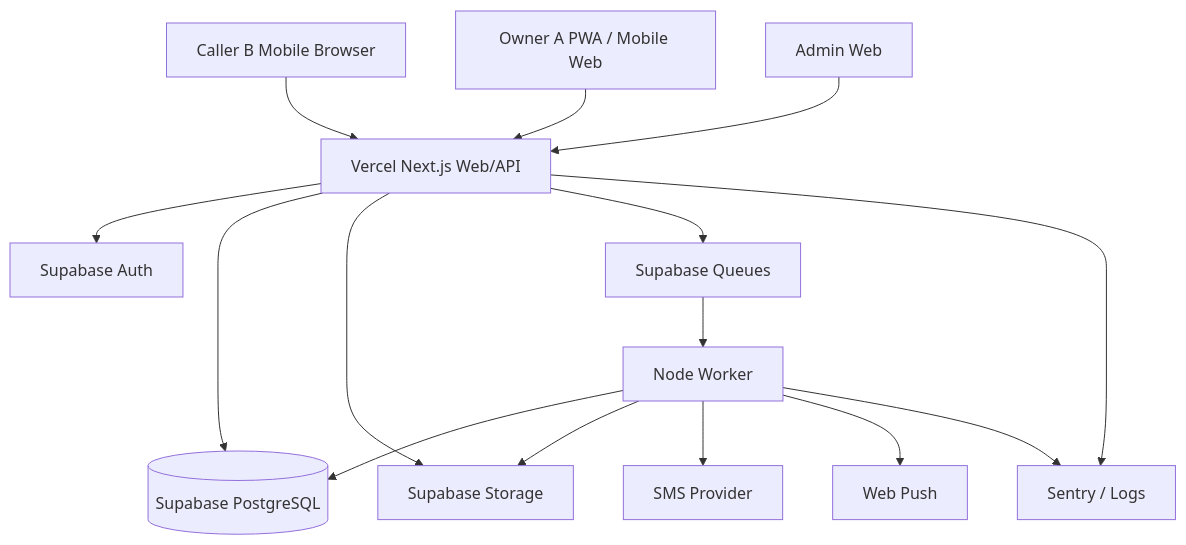
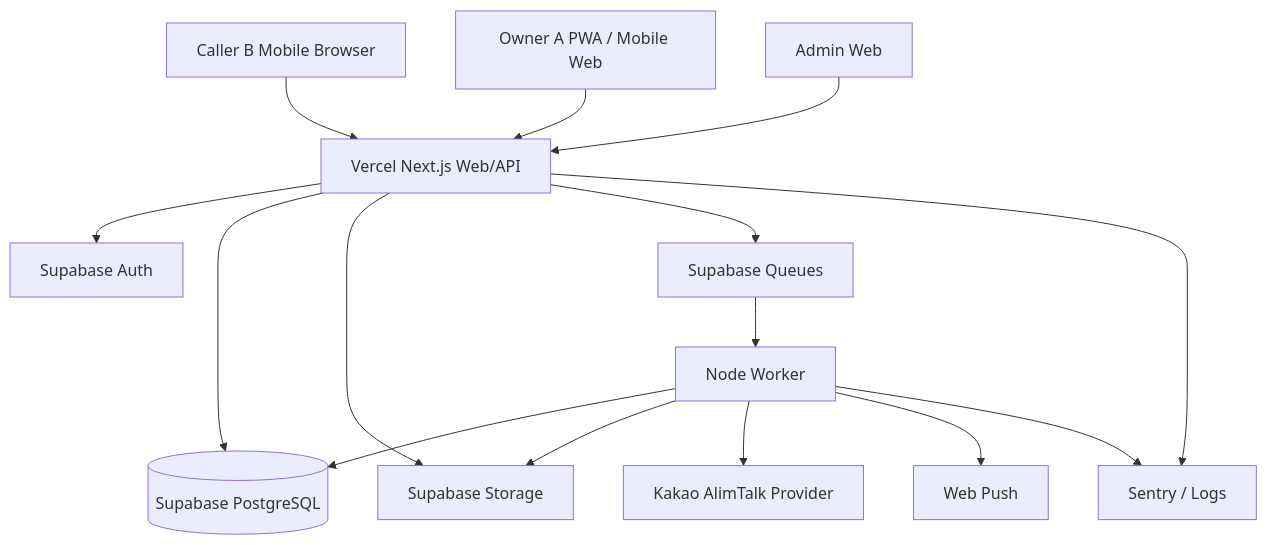
Before and after one commit to michinterran/Taptolk: the diagram in TAPTOLK_MASTER_DEVELOPMENT_SPEC.md, drawn with Mermaid. The commit also changed other lines of this file and 37 other files, not shown here.

Commit message:
feat: add ephemeral alimtalk contact flow

````diff
--- a/TAPTOLK_MASTER_DEVELOPMENT_SPEC.md
+++ b/TAPTOLK_MASTER_DEVELOPMENT_SPEC.md
@@ -415,30 +417,30 @@
 ```mermaid
 flowchart TB
     Caller[Caller B Mobile Browser]
     Owner[Owner A PWA / Mobile Web]
     Admin[Admin Web]
     Web[Vercel Next.js Web/API]
     DB[(Supabase PostgreSQL)]
     Auth[Supabase Auth]
     Storage[Supabase Storage]
     Queue[Supabase Queues]
     Worker[Node Worker]
-    SMS[SMS Provider]
+    AlimTalk[Kakao AlimTalk Provider]
     Push[Web Push]
     Monitor[Sentry / Logs]
 
     Caller --> Web
     Owner --> Web
     Admin --> Web
     Web --> Auth
     Web --> DB
     Web --> Storage
     Web --> Queue
     Queue --> Worker
     Worker --> DB
     Worker --> Storage
-    Worker --> SMS
+    Worker --> AlimTalk
     Worker --> Push
     Web --> Monitor
     Worker --> Monitor
 ```
````
